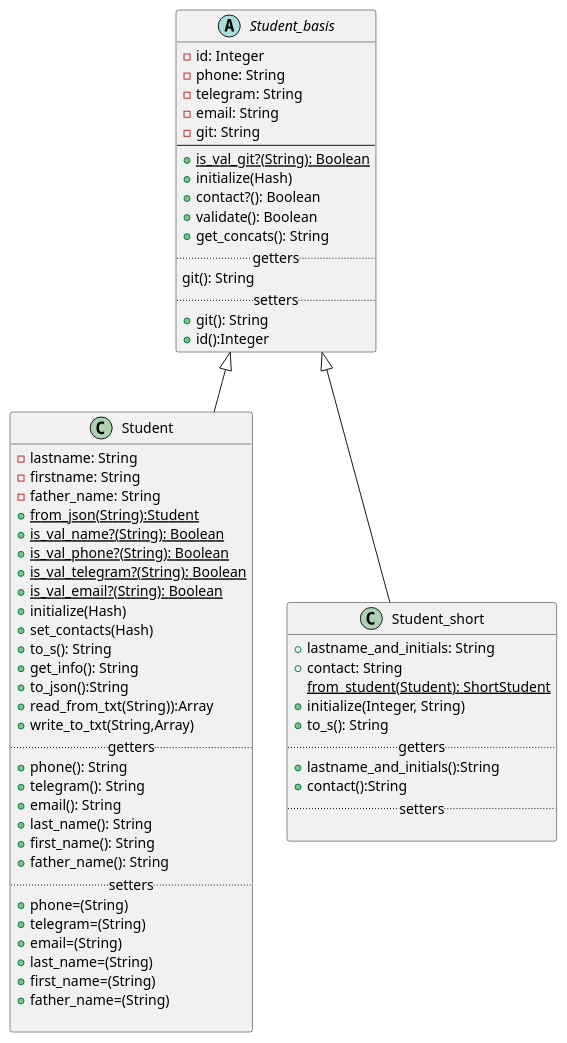
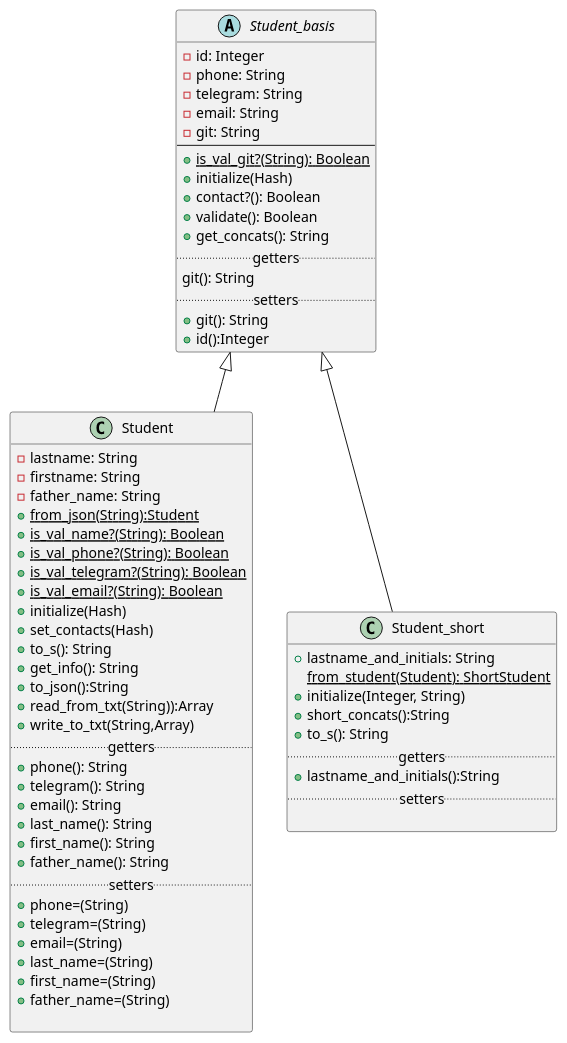
Before and after one commit to ColdEiler/pattern: the diagram in lab2/student_diagrams.puml, drawn with PlantUML. The commit also changed 3 other files, not shown here.

```diff
--- a/lab2/student_diagrams.puml
+++ b/lab2/student_diagrams.puml
@@ -1,68 +1,67 @@
 @startuml
 'https://plantuml.com/class-diagram'
 
 abstract class Student_basis{
      -id: Integer
      -phone: String
      -telegram: String
      -email: String
      -git: String
 --
      +{static}is_val_git?(String): Boolean
      +initialize(Hash)
      +contact?(): Boolean
      +validate(): Boolean
      +get_concats(): String
      .. getters..
      git(): String
      .. setters ..
      +git(): String
      +id():Integer
 }
 
 class Student extends Student_basis{
      -lastname: String
      -firstname: String
      -father_name: String
      +{static}from_json(String):Student
      +{static}is_val_name?(String): Boolean
      +{static}is_val_phone?(String): Boolean
      +{static}is_val_telegram?(String): Boolean
      +{static}is_val_email?(String): Boolean
      +initialize(Hash)
      +set_contacts(Hash)
      +to_s(): String
      +get_info(): String
      +to_json():String
      +read_from_txt(String)):Array
      +write_to_txt(String,Array)
      .. getters ..
      +phone(): String
      +telegram(): String
      +email(): String
      +last_name(): String
      +first_name(): String
      +father_name(): String
      .. setters ..
      +phone=(String)
      +telegram=(String)
      +email=(String)
      +last_name=(String)
      +first_name=(String)
      +father_name=(String)
 
 }
 
 class Student_short extends Student_basis{
      +lastname_and_initials: String
-     +contact: String
      {static}from_student(Student): ShortStudent
      +initialize(Integer, String)
+     +short_concats():String
      +to_s(): String
      .. getters ..
      +lastname_and_initials():String
-     +contact():String
      .. setters ..
 
 }
 @enduml
```
